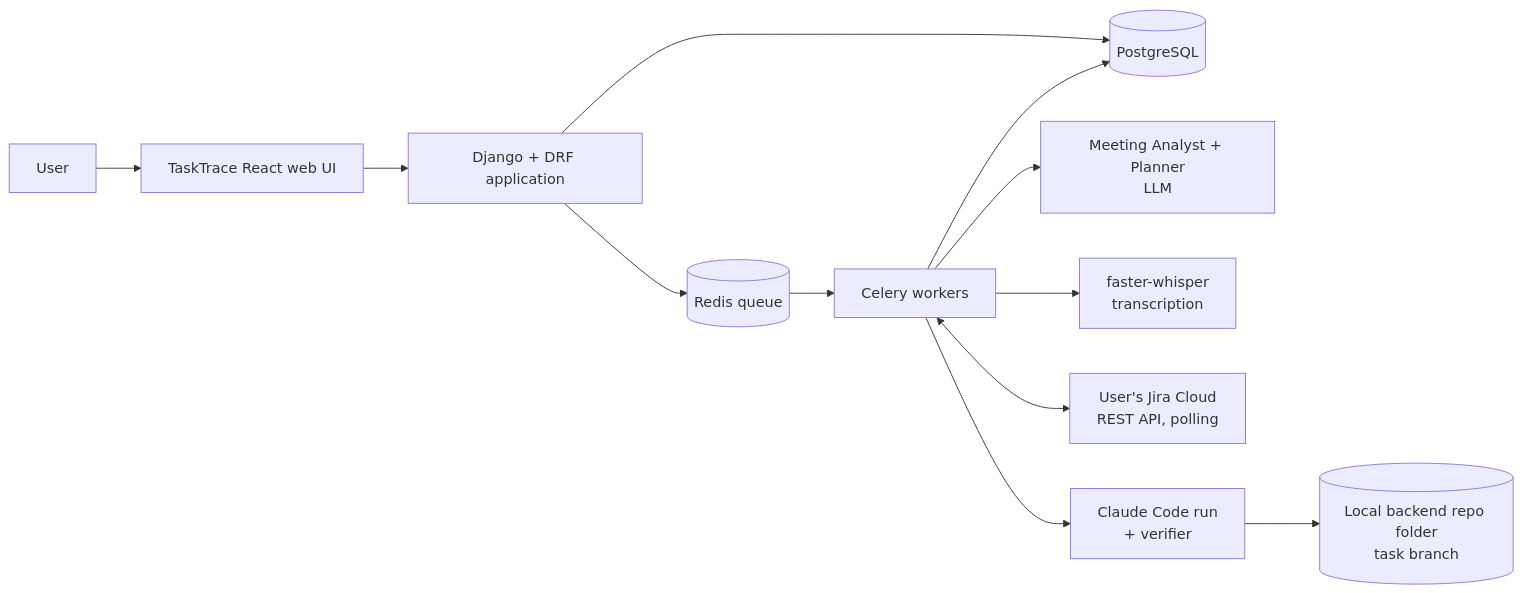
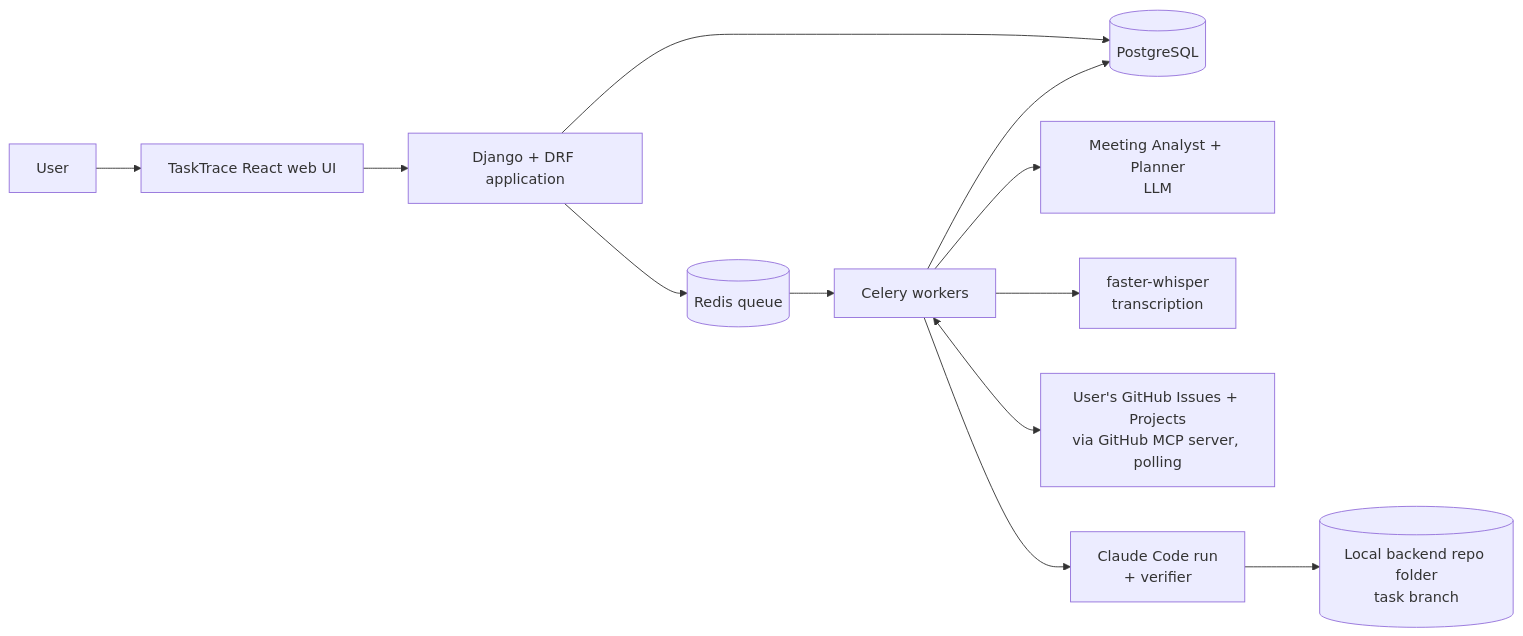
One commit to yasmin-poc-works/tasktraceautomator changed the first of 2 diagrams in docs/architecture/task_trace_automator_hld.md. Above: the diagram before and after it, drawn with Mermaid. The commit also changed other lines of this file and 13 other files, not shown here.

Commit message:
Updated the architecture.

````diff
--- a/docs/architecture/task_trace_automator_hld.md
+++ b/docs/architecture/task_trace_automator_hld.md
@@ -58,17 +58,17 @@
 ```mermaid
 flowchart LR
     U[User] --> UI[TaskTrace React web UI]
     UI --> APP[Django + DRF application]
 
     APP --> DB[(PostgreSQL)]
     APP --> Q[(Redis queue)]
     Q --> W[Celery workers]
     W --> DB
 
     W --> AN[Meeting Analyst + Planner<br/>LLM]
     W --> TR[faster-whisper<br/>transcription]
-    W <--> JIRA[User's Jira Cloud<br/>REST API, polling]
+    W <--> GH[User's GitHub Issues + Projects<br/>via GitHub MCP server, polling]
     W --> RUN[Claude Code run<br/>+ verifier]
 
     RUN --> REPO[(Local backend repo folder<br/>task branch)]
 ```
````
